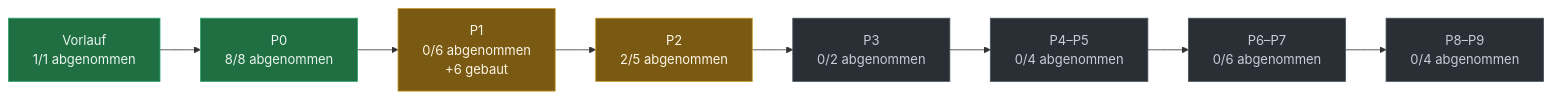
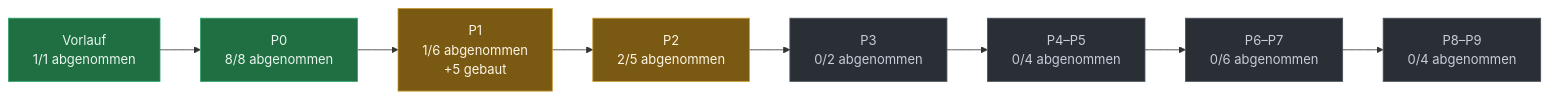
The diagram in docs/PLAN-STAND.md (evenacadia-tech/Nakama), drawn with Mermaid before and after one commit. The commit also changed other lines of this file and 1 other file, not shown here.

````diff
--- a/docs/PLAN-STAND.md
+++ b/docs/PLAN-STAND.md
@@ -37,21 +40,21 @@
 ```mermaid
 flowchart LR
   P0["Vorlauf<br/>1/1 abgenommen"]:::fertig
   P1["P0<br/>8/8 abgenommen"]:::fertig
   P0 --> P1
-  P2["P1<br/>0/6 abgenommen<br/>+6 gebaut"]:::laeuft
+  P2["P1<br/>1/6 abgenommen<br/>+5 gebaut"]:::laeuft
   P1 --> P2
   P3["P2<br/>2/5 abgenommen"]:::laeuft
   P2 --> P3
   P4["P3<br/>0/2 abgenommen"]:::offen
   P3 --> P4
   P5["P4–P5<br/>0/4 abgenommen"]:::offen
   P4 --> P5
   P6["P6–P7<br/>0/6 abgenommen"]:::offen
   P5 --> P6
   P7["P8–P9<br/>0/4 abgenommen"]:::offen
   P6 --> P7
   classDef fertig fill:#1f6f43,stroke:#2ea36a,color:#eaf6ef
   classDef laeuft fill:#7a5a12,stroke:#c99a2e,color:#fdf6e6
   classDef offen  fill:#2a2f36,stroke:#4a525c,color:#c7ced8
 ```
````
